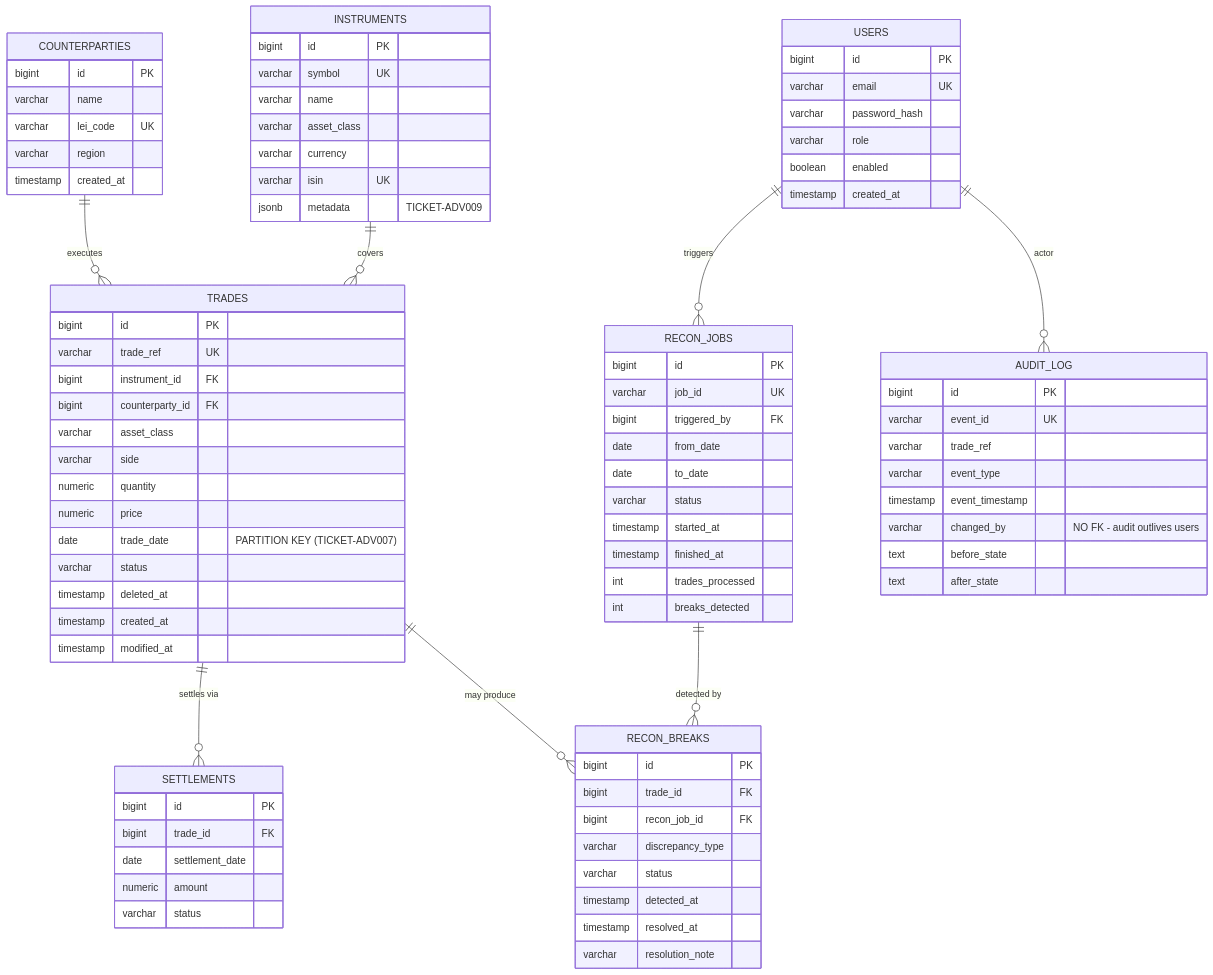
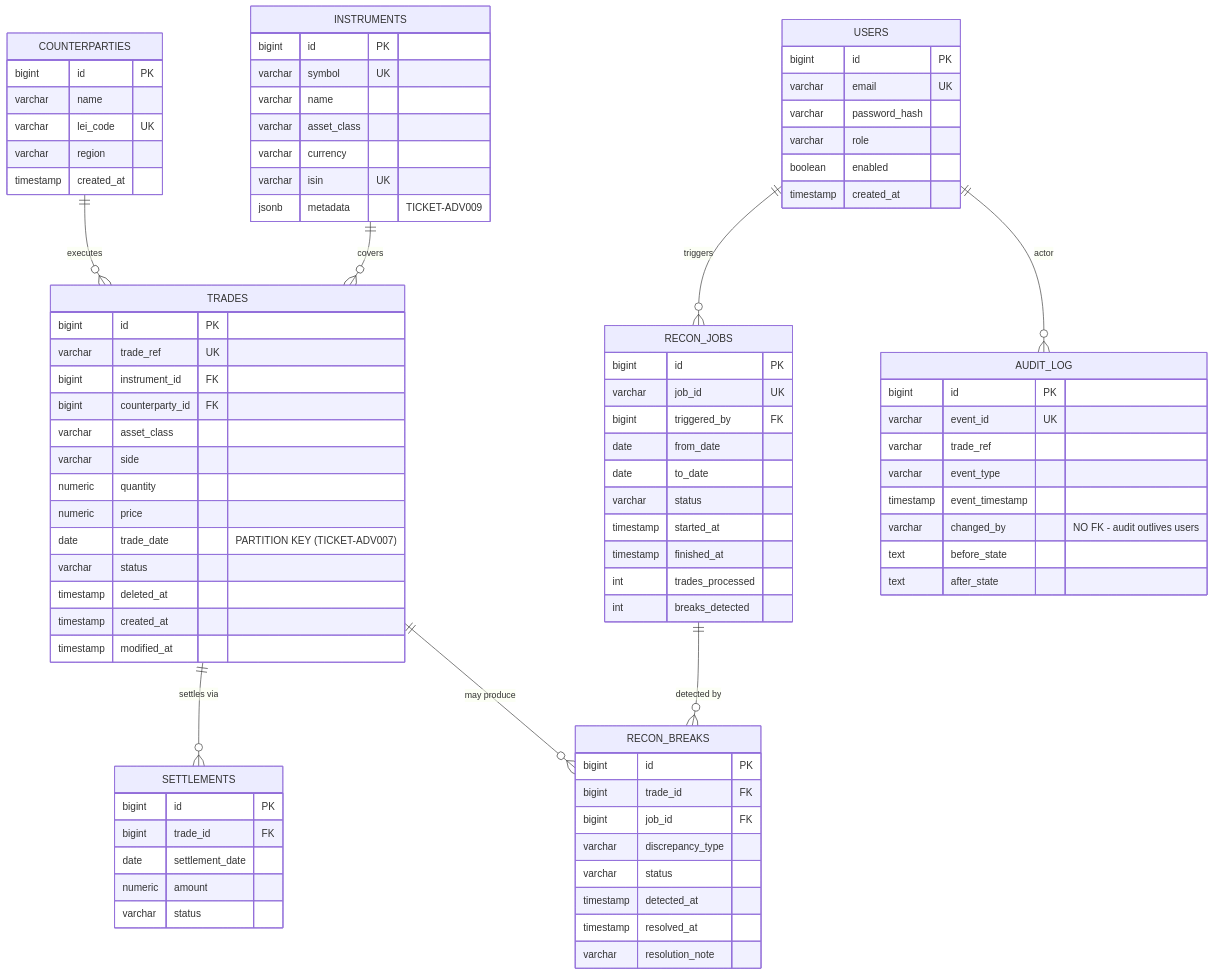
Before and after one commit to tanmaychhatre11/db2026-reconX-cohort-4-grp-4: the diagram in db/diagrams/erd.md, drawn with Mermaid. The commit also changed 5 other files, not shown here.

```diff
--- a/db/diagrams/erd.md
+++ b/db/diagrams/erd.md
@@ -55,7 +55,7 @@
     RECON_BREAKS {
         bigint id PK
         bigint trade_id FK
-        bigint recon_job_id FK
+        bigint job_id FK
         varchar discrepancy_type
         varchar status
         timestamp detected_at
```
